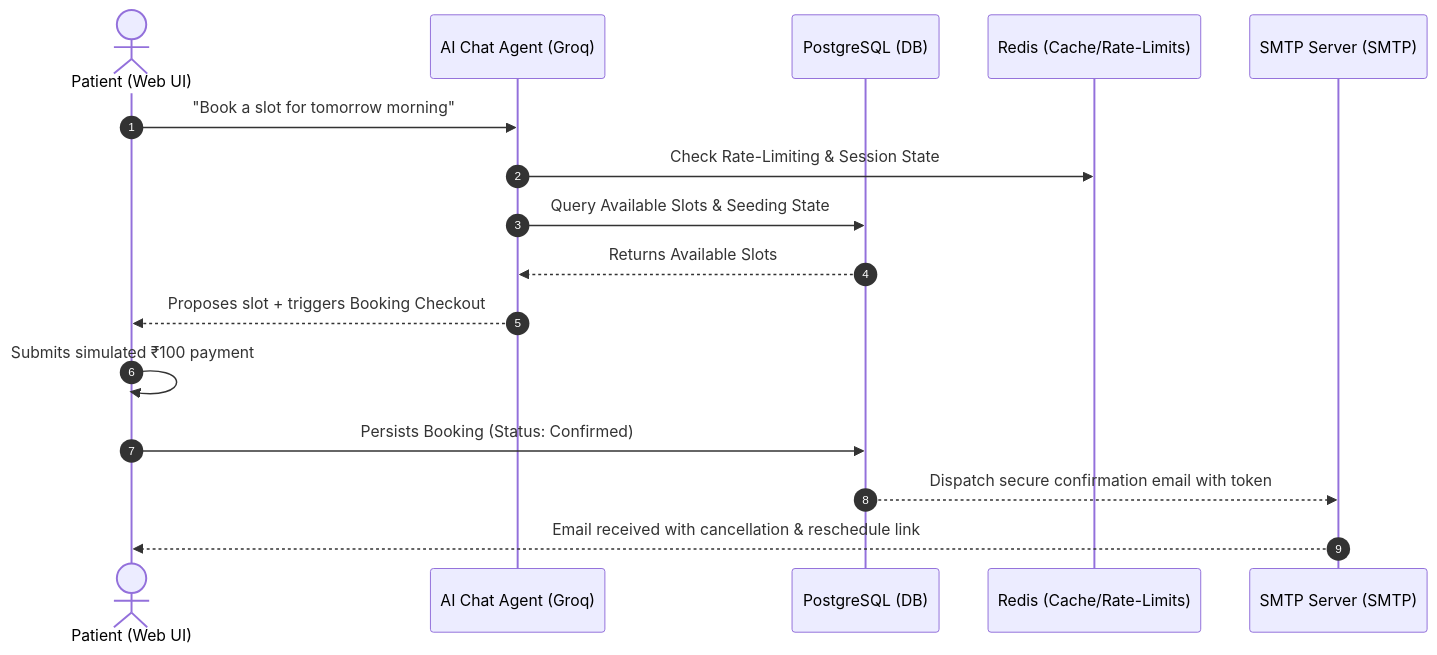
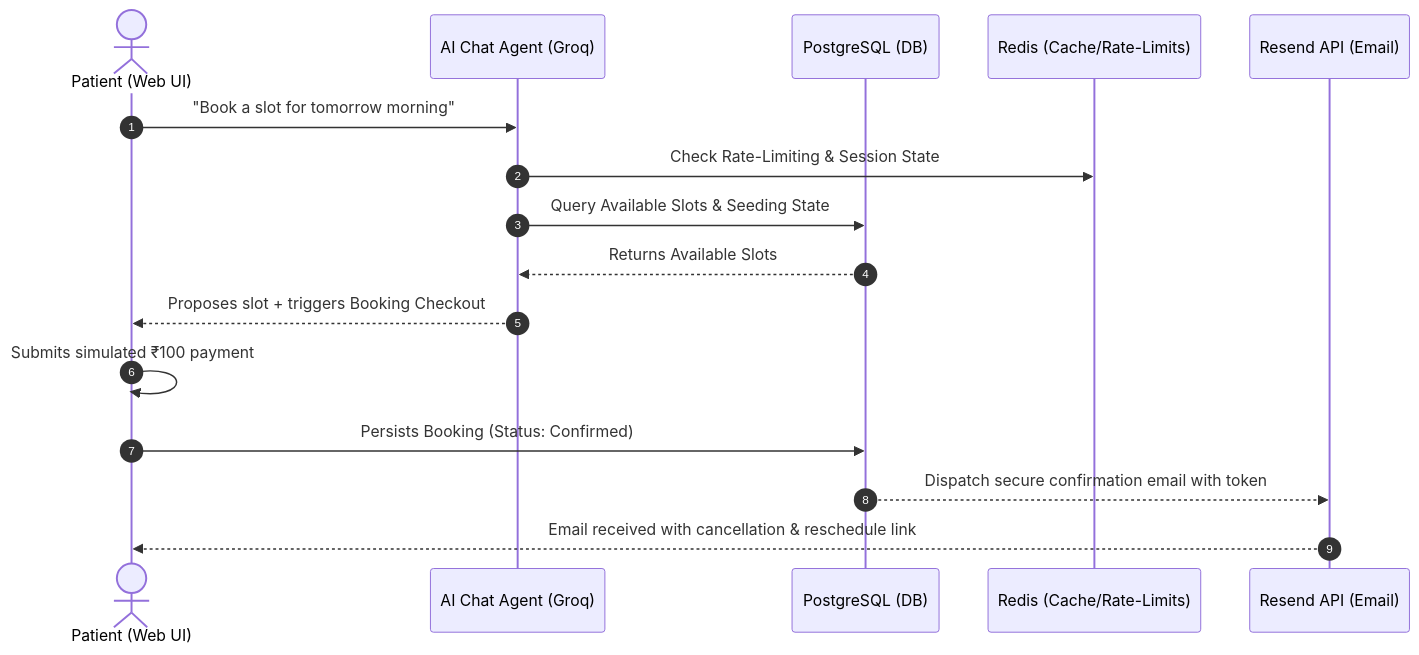
The diagram in README.md (MKinCODE/MKura), drawn with Mermaid before and after one commit. The commit also changed other lines of this file and 11 other files, not shown here.

Commit message:
changed email service to resend and some fronted changes

````diff
--- a/README.md
+++ b/README.md
@@ -27,19 +27,19 @@
 ```mermaid
 sequenceDiagram
     autonumber
     actor Patient as Patient (Web UI)
     participant Chat as AI Chat Agent (Groq)
     participant DB as PostgreSQL (DB)
     participant UpStash as Redis (Cache/Rate-Limits)
-    participant Email as SMTP Server (SMTP)
+    participant Email as Resend API (Email)
 
     Patient->>Chat: "Book a slot for tomorrow morning"
     Chat->>UpStash: Check Rate-Limiting & Session State
     Chat->>DB: Query Available Slots & Seeding State
     DB-->>Chat: Returns Available Slots
     Chat-->>Patient: Proposes slot + triggers Booking Checkout
     Patient->>Patient: Submits simulated ₹100 payment
     Patient->>DB: Persists Booking (Status: Confirmed)
     DB-->>Email: Dispatch secure confirmation email with token
     Email-->>Patient: Email received with cancellation & reschedule link
 ```
````
